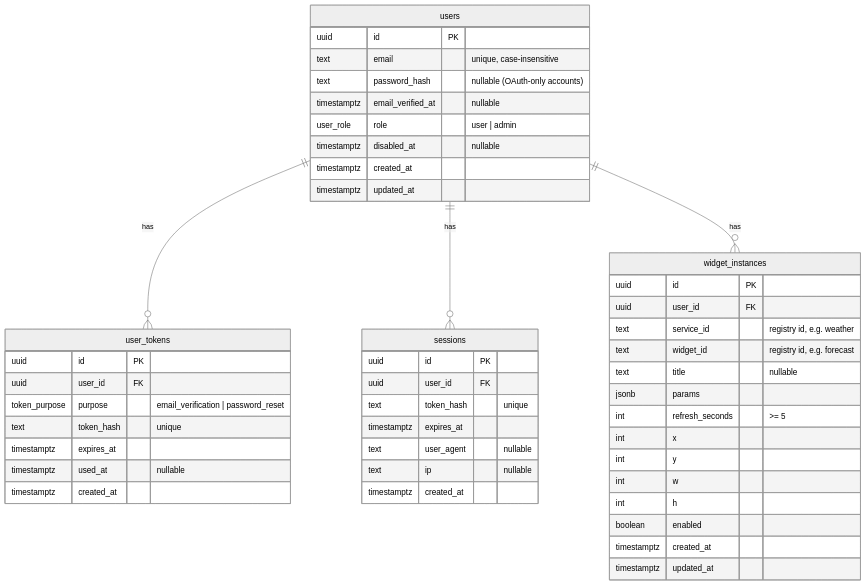
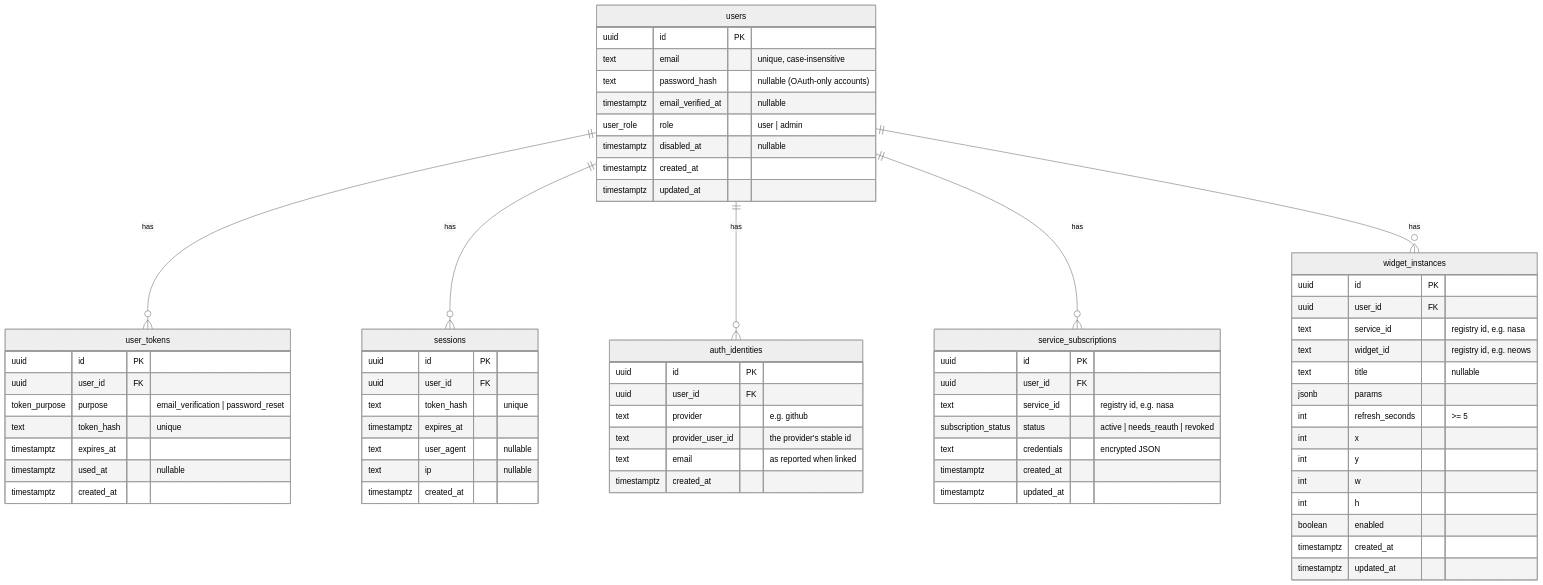
The diagram in docs/BACKEND.md (darivnu/dashboard), drawn with Mermaid (neutral theme) before and after one commit. The commit also changed other lines of this file and 3 other files, not shown here.

Commit message:
docs: rewrite the root README and the architecture page

````diff
--- a/docs/BACKEND.md
+++ b/docs/BACKEND.md
@@ -111,54 +141,75 @@
 ```mermaid
 erDiagram
     users ||--o{ user_tokens : "has"
     users ||--o{ sessions : "has"
+    users ||--o{ auth_identities : "has"
+    users ||--o{ service_subscriptions : "has"
     users ||--o{ widget_instances : "has"
 
     users {
         uuid id PK
         text email "unique, case-insensitive"
         text password_hash "nullable (OAuth-only accounts)"
         timestamptz email_verified_at "nullable"
         user_role role "user | admin"
         timestamptz disabled_at "nullable"
         timestamptz created_at
         timestamptz updated_at
     }
 
     user_tokens {
         uuid id PK
         uuid user_id FK
         token_purpose purpose "email_verification | password_reset"
         text token_hash "unique"
         timestamptz expires_at
         timestamptz used_at "nullable"
         timestamptz created_at
     }
 
     sessions {
         uuid id PK
         uuid user_id FK
         text token_hash "unique"
         timestamptz expires_at
         text user_agent "nullable"
         text ip "nullable"
         timestamptz created_at
     }
 
+    auth_identities {
+        uuid id PK
+        uuid user_id FK
+        text provider "e.g. github"
+        text provider_user_id "the provider's stable id"
+        text email "as reported when linked"
+        timestamptz created_at
+    }
+
+    service_subscriptions {
+        uuid id PK
+        uuid user_id FK
+        text service_id "registry id, e.g. nasa"
+        subscription_status status "active | needs_reauth | revoked"
+        text credentials "encrypted JSON"
+        timestamptz created_at
+        timestamptz updated_at
+    }
+
     widget_instances {
         uuid id PK
         uuid user_id FK
-        text service_id "registry id, e.g. weather"
-        text widget_id "registry id, e.g. forecast"
+        text service_id "registry id, e.g. nasa"
+        text widget_id "registry id, e.g. neows"
         text title "nullable"
         jsonb params
         int refresh_seconds ">= 5"
         int x
         int y
         int w
         int h
         boolean enabled
         timestamptz created_at
         timestamptz updated_at
     }
 ```
````
